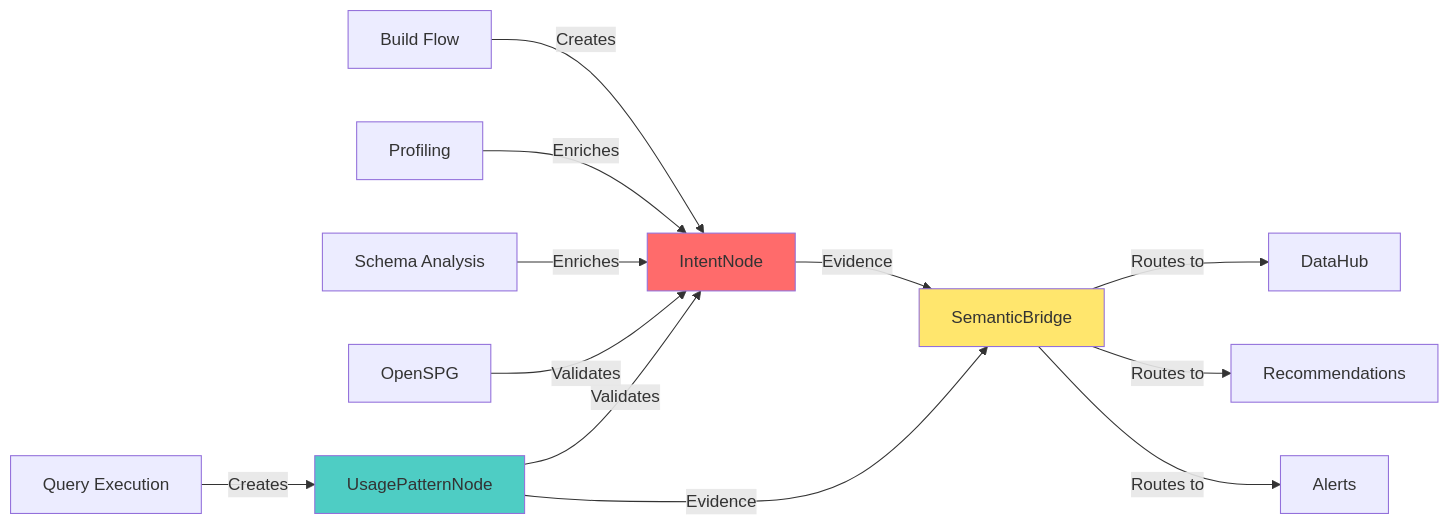
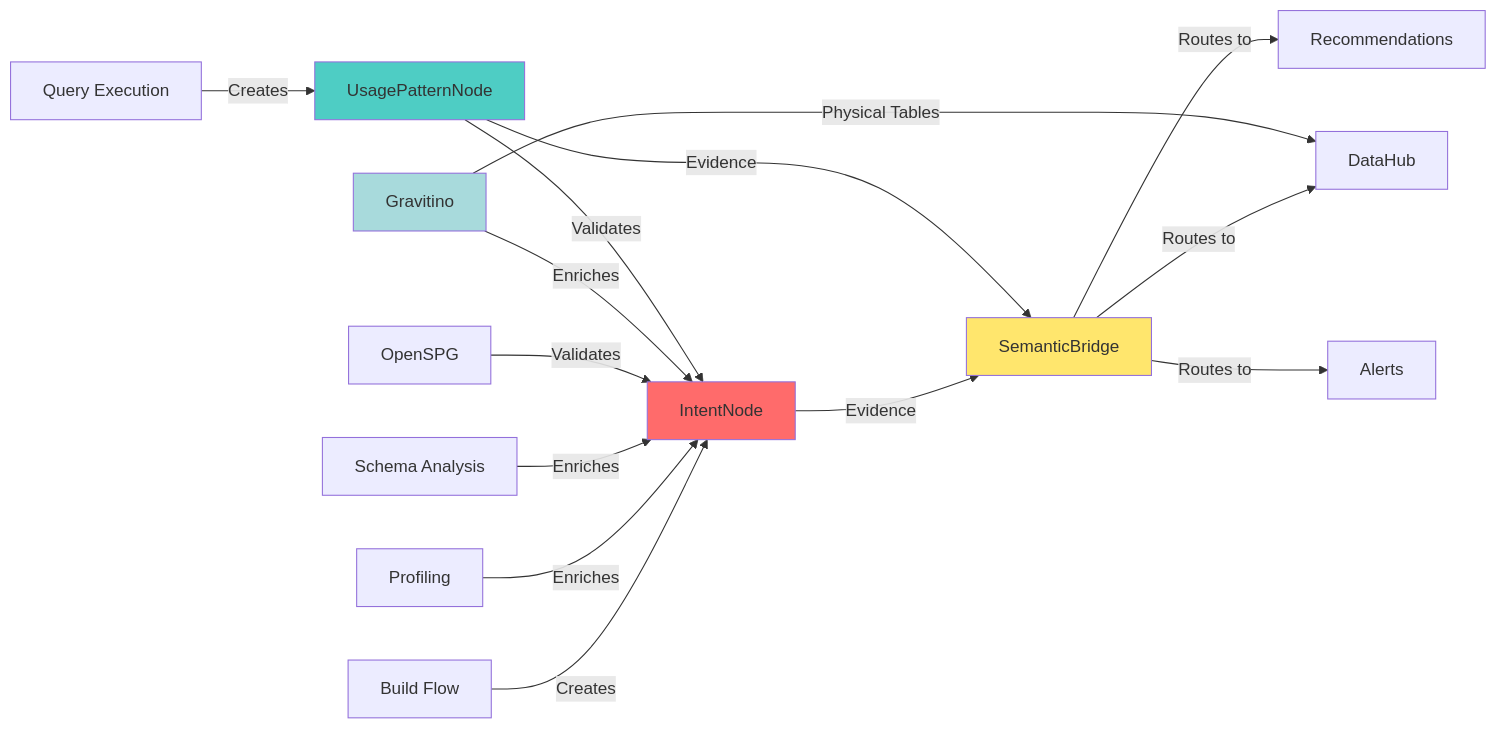
One commit to jonloone/paper-lens changed the third of 4 diagrams in docs/03-architecture-backend/LIVING_CONTEXT_GRAPH_ARCHITECTURE.md. Above: the diagram before and after it, drawn with Mermaid. The commit also changed other lines of this file and 21 other files, not shown here.

````diff
--- a/docs/03-architecture-backend/LIVING_CONTEXT_GRAPH_ARCHITECTURE.md
+++ b/docs/03-architecture-backend/LIVING_CONTEXT_GRAPH_ARCHITECTURE.md
@@ -958,21 +958,24 @@
 ```mermaid
 graph LR
     A[Build Flow] -->|Creates| B[IntentNode]
     C[Profiling] -->|Enriches| B
     D[Schema Analysis] -->|Enriches| B
     E[OpenSPG] -->|Validates| B
+    L[Gravitino] -->|Enriches| B
 
     B -->|Evidence| F[SemanticBridge]
 
     G[Query Execution] -->|Creates| H[UsagePatternNode]
     H -->|Validates| B
     H -->|Evidence| F
 
     F -->|Routes to| I[DataHub]
     F -->|Routes to| J[Recommendations]
     F -->|Routes to| K[Alerts]
+    L -->|Physical Tables| I
 
     style B fill:#ff6b6b
     style H fill:#4ecdc4
     style F fill:#ffe66d
+    style L fill:#a8dadc
 ```
````
